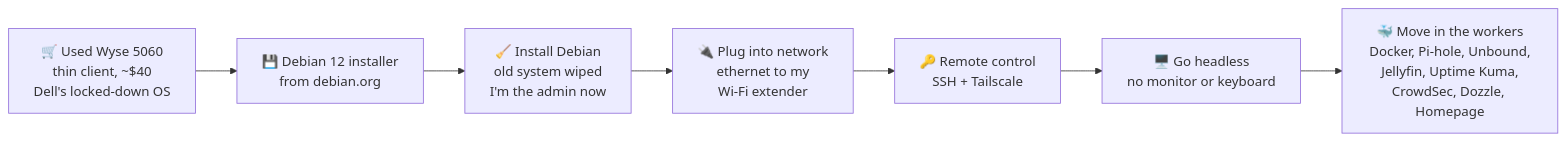
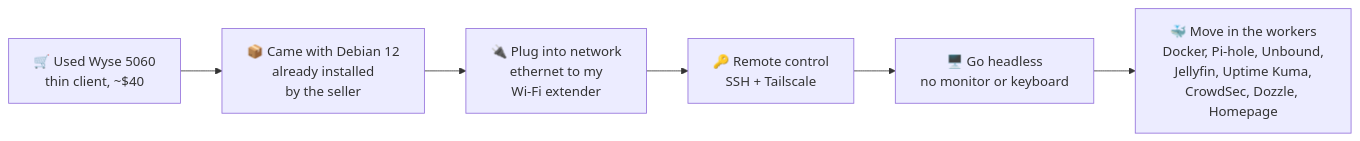
The first of 3 diagrams in how-my-server-got-here.md (alonzogreen0304/Homelab), drawn with Mermaid before and after one commit. The commit also changed other lines of this file and 3 other files, not shown here.

First line of the commit message:
Add Audit Ready GRC game; Debian was pre-installed by seller (supply-chain note)

````diff
--- a/how-my-server-got-here.md
+++ b/how-my-server-got-here.md
@@ -15,9 +15,8 @@
 ```mermaid
 flowchart LR
-    A["🛒 Used Wyse 5060<br/>thin client, ~$40<br/>Dell's locked-down OS"] --> B["💾 Debian 12 installer<br/>from debian.org"]
-    B --> C["🧹 Install Debian<br/>old system wiped<br/>I'm the admin now"]
+    A["🛒 Used Wyse 5060<br/>thin client, ~$40"] --> C["📦 Came with Debian 12<br/>already installed<br/>by the seller"]
     C --> D["🔌 Plug into network<br/>ethernet to my<br/>Wi-Fi extender"]
     D --> E["🔑 Remote control<br/>SSH + Tailscale"]
     E --> F["🖥️ Go headless<br/>no monitor or keyboard"]
     F --> G["🐳 Move in the workers<br/>Docker, Pi-hole, Unbound,<br/>Jellyfin, Uptime Kuma,<br/>CrowdSec, Dozzle, Homepage"]
 ```
````
